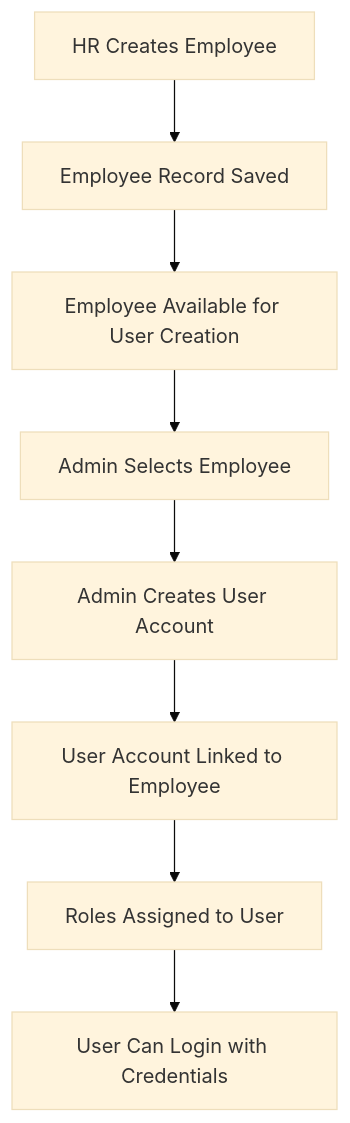
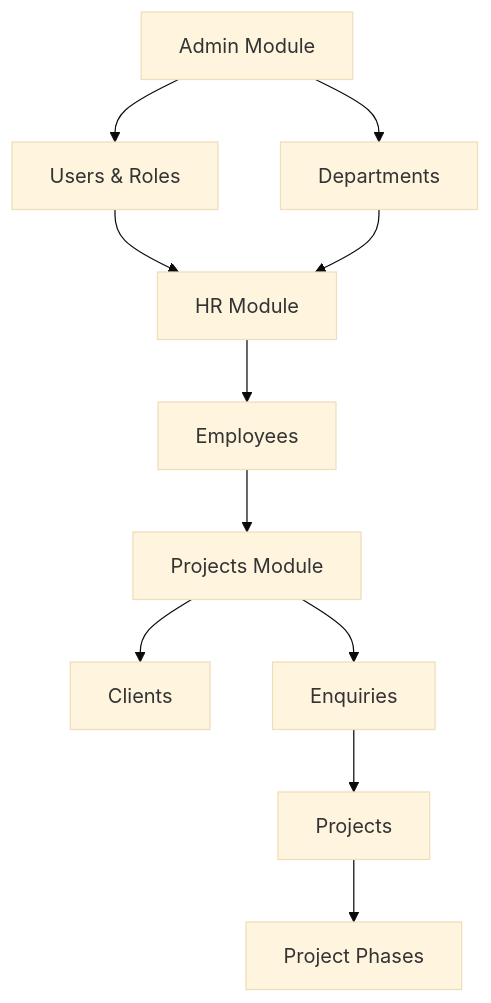
The third of 3 diagrams in architecture-documentation.md (ubuntucosmas/laravelVueErp), drawn with Mermaid (base theme) before and after one commit. The commit also changed other lines of this file and 7 other files, not shown here.

````diff
--- a/architecture-documentation.md
+++ b/architecture-documentation.md
@@ -68,10 +211,13 @@
 ```mermaid
 graph TD
-    A[HR Creates Employee] --> B[Employee Record Saved]
-    B --> C[Employee Available for User Creation]
-    C --> D[Admin Selects Employee]
-    D --> E[Admin Creates User Account]
-    E --> F[User Account Linked to Employee]
-    F --> G[Roles Assigned to User]
-    G --> H[User Can Login with Credentials]
+    A[Admin Module] --> B[Users & Roles]
+    A --> C[Departments]
+    B --> D[HR Module]
+    C --> D
+    D --> E[Employees]
+    E --> F[Projects Module]
+    F --> G[Clients]
+    F --> H[Enquiries]
+    H --> I[Projects]
+    I --> J[Project Phases]
 ```
````
